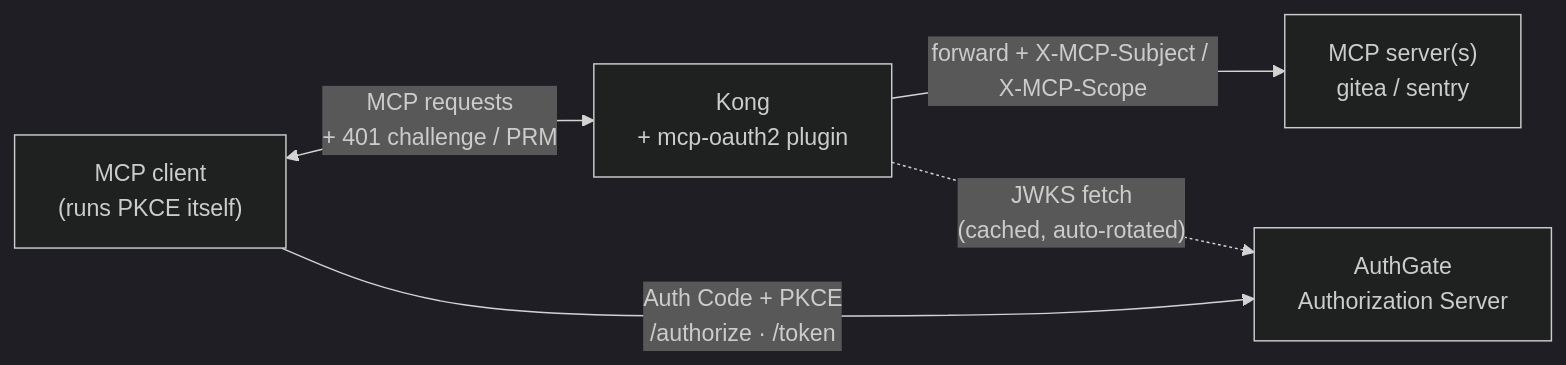
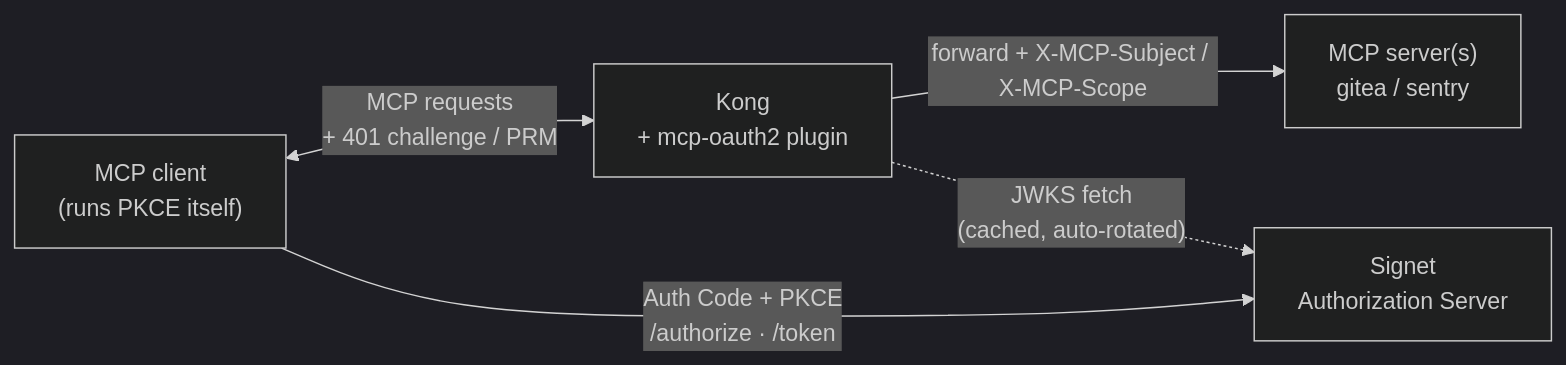
The first of 2 diagrams in README.md (go-authgate/kong-mcp-oauth2), drawn with Mermaid (dark theme) before and after one commit. The commit also changed other lines of this file and 13 other files, not shown here.

First line of the commit message:
docs: rename AuthGate to Signet and link go-signet repo (#7)

````diff
--- a/README.md
+++ b/README.md
@@ -35,12 +35,12 @@
 ```mermaid
 graph LR
     client["MCP client<br/>(runs PKCE itself)"]
     kong["Kong<br/>+ mcp-oauth2 plugin"]
-    authgate["AuthGate<br/>Authorization Server"]
+    authgate["Signet<br/>Authorization Server"]
     mcp["MCP server(s)<br/>gitea / sentry"]
 
     client <-->|"MCP requests<br/>+ 401 challenge / PRM"| kong
     kong -->|"forward + X-MCP-Subject / X-MCP-Scope"| mcp
     client -->|"Auth Code + PKCE<br/>/authorize · /token"| authgate
     kong -.->|"JWKS fetch<br/>(cached, auto-rotated)"| authgate
 ```
````
